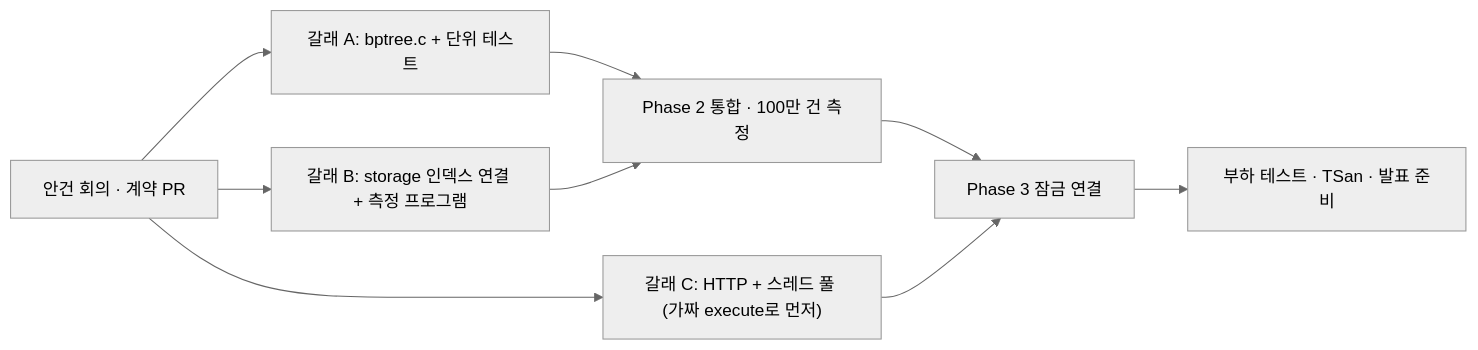
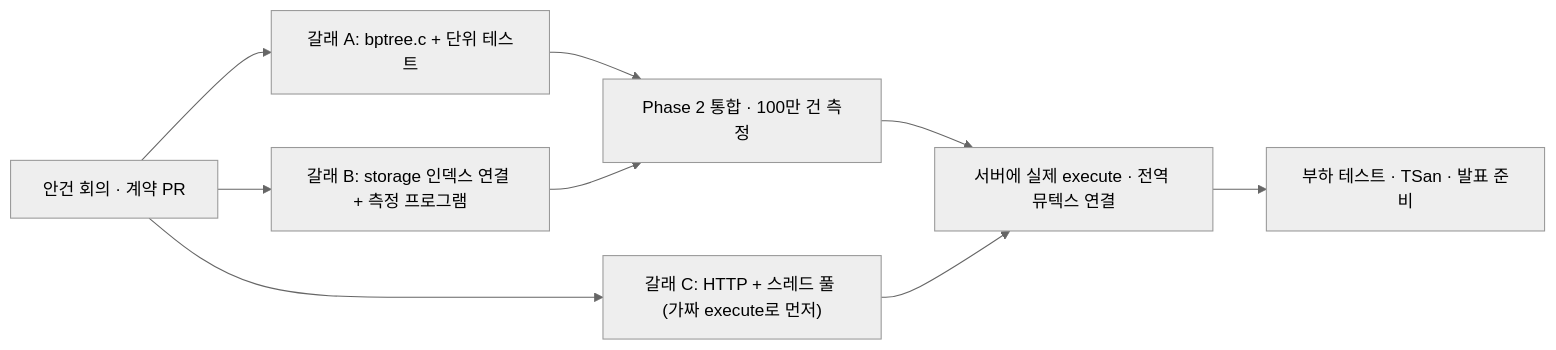
Before and after one commit to NARi3040/KJG-SW-AI-W11-DBMS: the first of 6 diagrams in docs/phase2-3.md, drawn with Mermaid (neutral theme). The commit also changed other lines of this file and 1 other file, not shown here.

````diff
--- a/docs/phase2-3.md
+++ b/docs/phase2-3.md
@@ -55,11 +55,11 @@
 ```mermaid
 flowchart LR
   M["안건 회의 · 계약 PR"] --> A["갈래 A: bptree.c + 단위 테스트"]
   M --> B["갈래 B: storage 인덱스 연결 + 측정 프로그램"]
   M --> C["갈래 C: HTTP + 스레드 풀 (가짜 execute로 먼저)"]
   A --> P2["Phase 2 통합 · 100만 건 측정"]
   B --> P2
-  P2 --> L["Phase 3 잠금 연결"]
+  P2 --> L["서버에 실제 execute · 전역 뮤텍스 연결"]
   C --> L
   L --> T["부하 테스트 · TSan · 발표 준비"]
 ```
````
